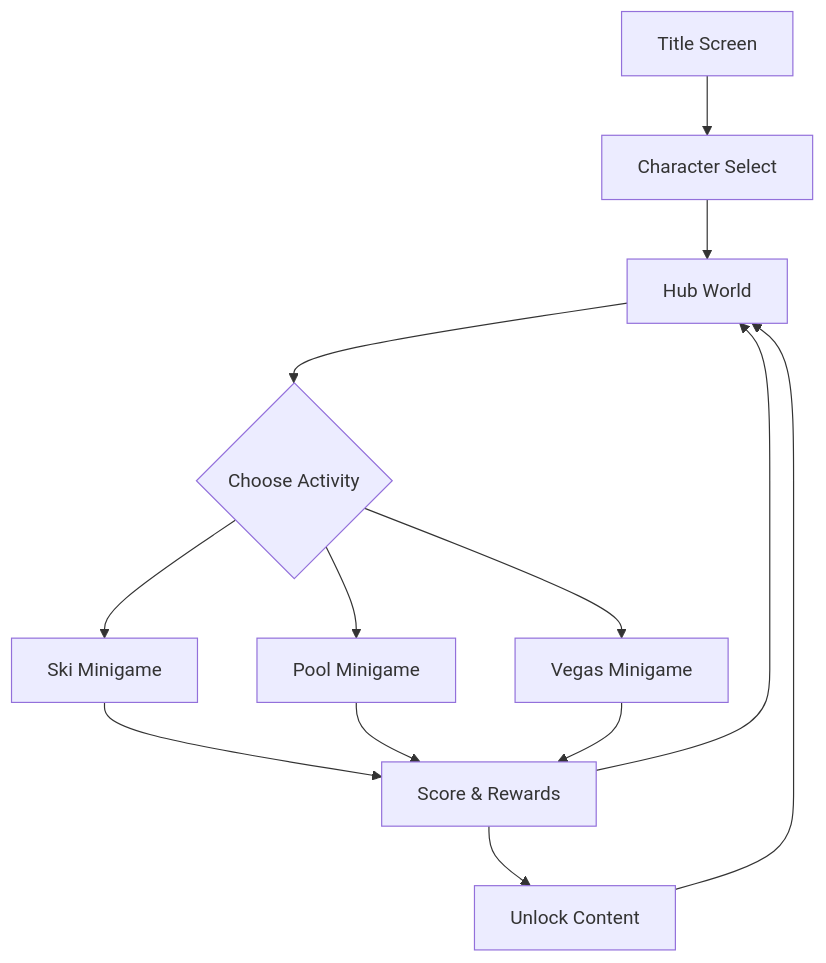
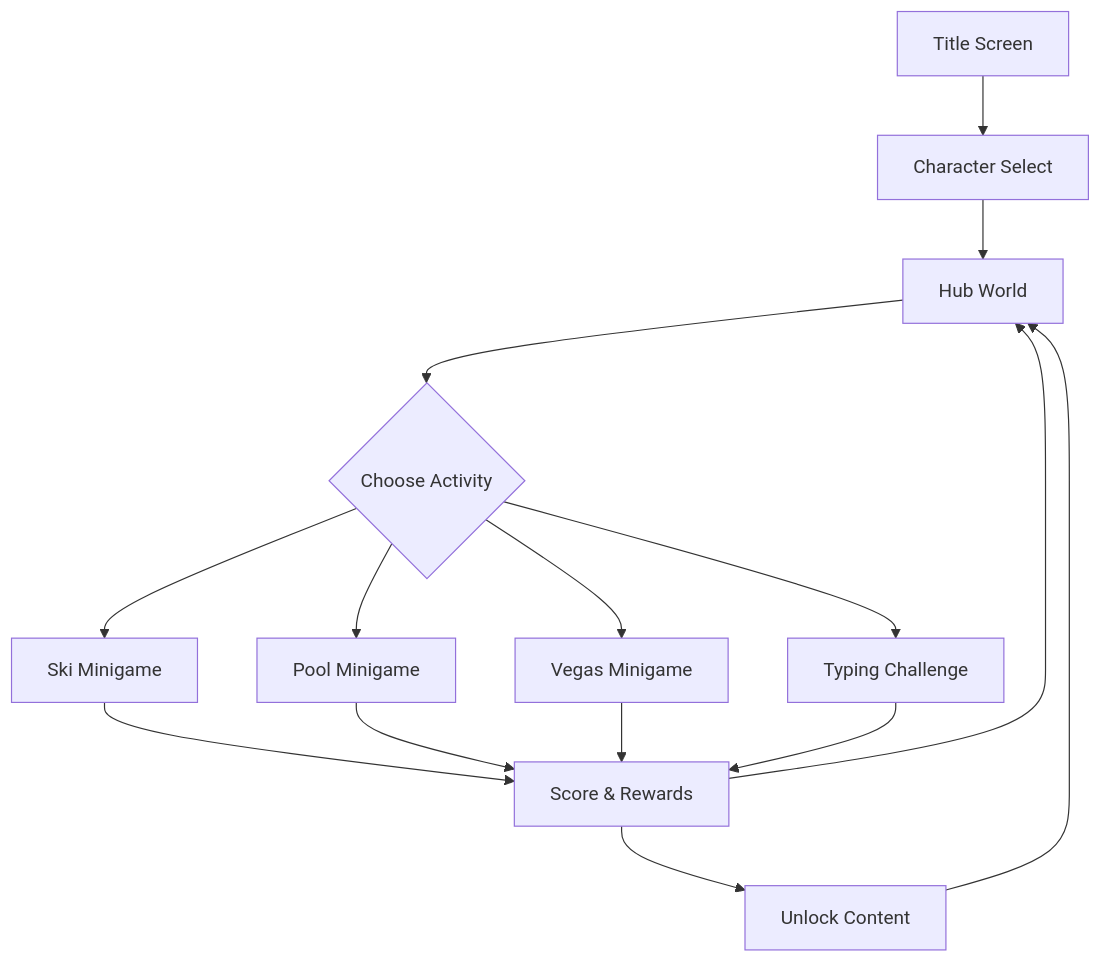
Before and after one commit to cmc3bear/danger-rose-benji-oli-adventures: the first of 6 diagrams in guides/project/game-design.md, drawn with Mermaid. The commit also changed other lines of this file and 28 other files, not shown here.

````diff
--- a/guides/project/game-design.md
+++ b/guides/project/game-design.md
@@ -31,15 +31,17 @@
 ```mermaid
 graph TD
     A[Title Screen] --> B[Character Select]
     B --> C[Hub World]
     C --> D{Choose Activity}
     D --> E[Ski Minigame]
     D --> F[Pool Minigame]
     D --> G[Vegas Minigame]
-    E --> H[Score & Rewards]
-    F --> H
-    G --> H
-    H --> C
-    H --> I[Unlock Content]
+    D --> H[Typing Challenge]
+    E --> I[Score & Rewards]
+    F --> I
+    G --> I
+    H --> I
     I --> C
+    I --> J[Unlock Content]
+    J --> C
 ```
````
